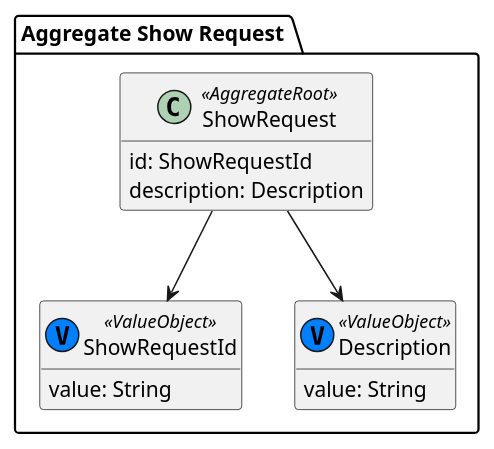
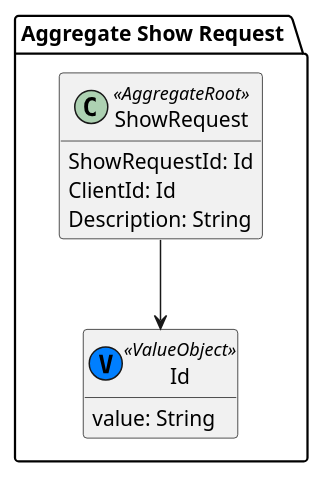
One commit to HenriqueSilva18/Drone-Show-Management-System changed the diagram in docs/us_110/subDomains/domains/aggregate_show_request.puml. Above: the diagram before and after it, drawn with PlantUML. The commit also changed 10 other files, not shown here.

```diff
--- a/docs/us_110/subDomains/domains/aggregate_show_request.puml
+++ b/docs/us_110/subDomains/domains/aggregate_show_request.puml
@@ -1,25 +1,21 @@
 @startuml
 hide methods
 
 package "Aggregate Show Request " {
 
     ' Agregado ShowRequest (Aggregate Root)
     class ShowRequest <<AggregateRoot>> {
-        id: ShowRequestId
-        description: Description
+        ShowRequestId: Id
+        ClientId: Id
+        Description: String
     }
 
     ' Value Objects associados
-    class ShowRequestId <<(V, #007fff) ValueObject>> {
-        value: String
-    }
-
-    class Description <<(V, #007fff) ValueObject>> {
+    class Id <<(V, #007fff) ValueObject>> {
         value: String
     }
 
     ' Ligações
-    ShowRequest --> ShowRequestId
-    ShowRequest --> Description
+    ShowRequest --> Id
 }
 @enduml
```
